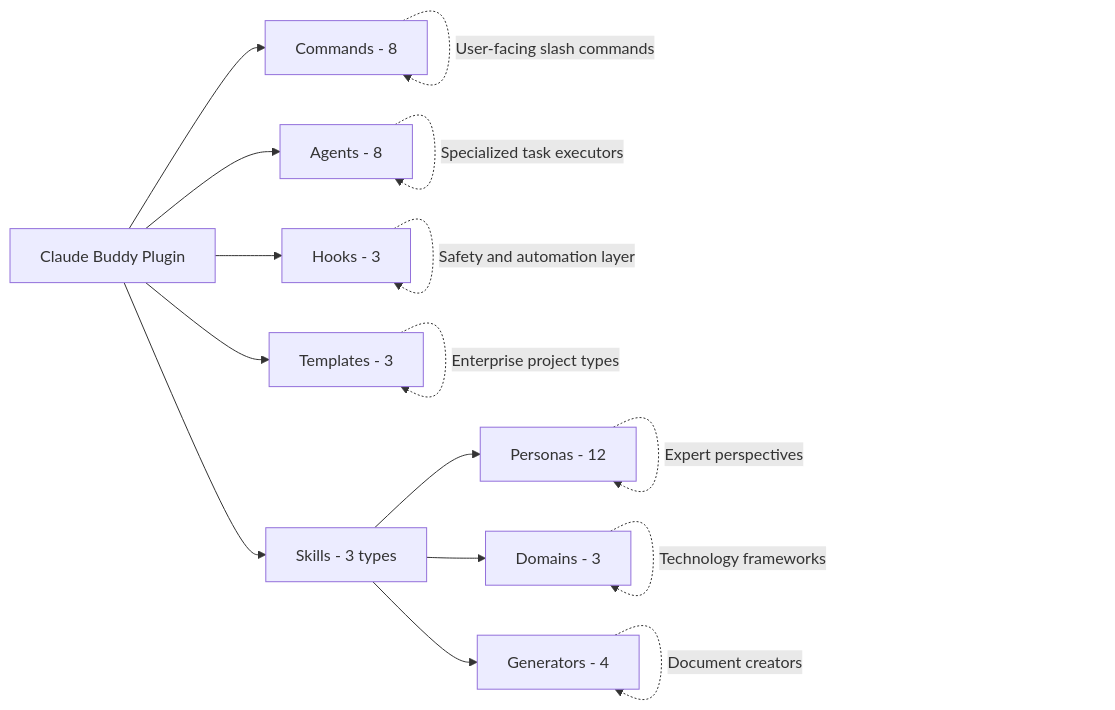
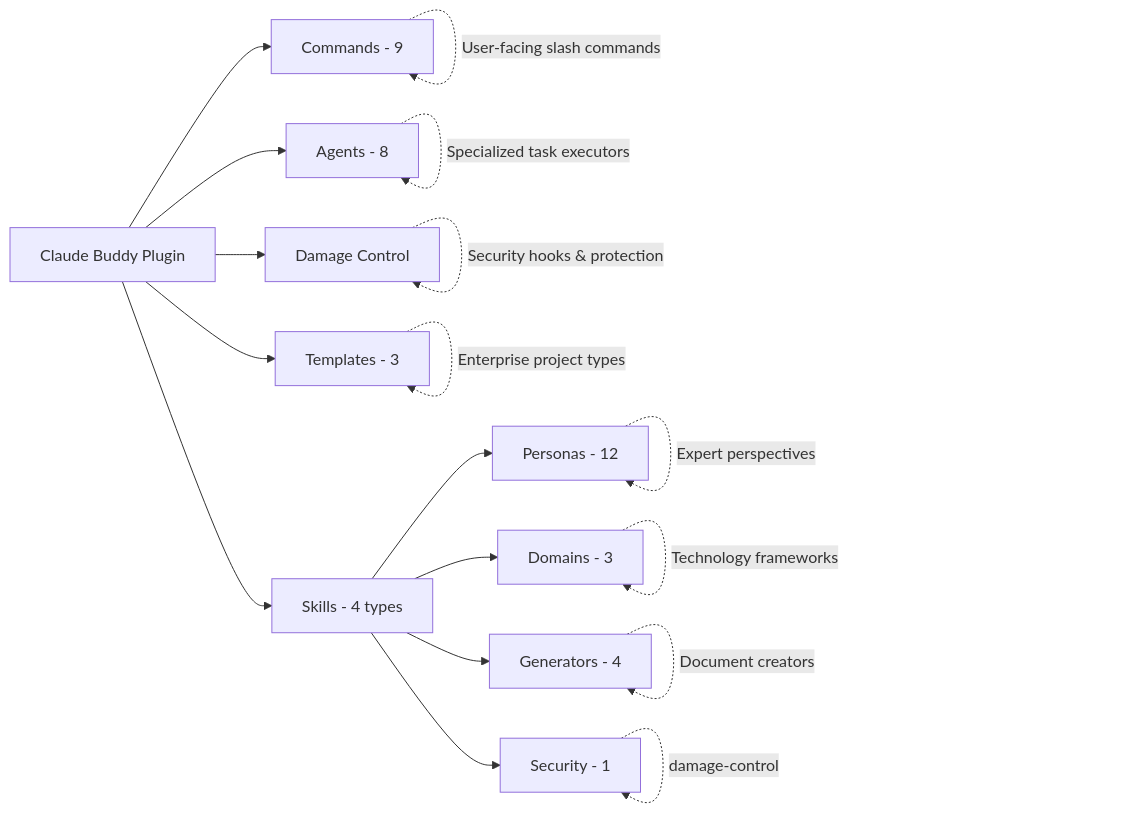
One commit to rsts-dev/claude-buddy-marketplace changed the diagram in plugins/buddy/docs/README.md. Above: the diagram before and after it, drawn with Mermaid. The commit also changed other lines of this file and 34 other files, not shown here.

First line of the commit message:
docs: migrate to v5.0.0 with Damage Control system

````diff
--- a/plugins/buddy/docs/README.md
+++ b/plugins/buddy/docs/README.md
@@ -49,21 +49,23 @@
 ```mermaid
 graph LR
-    A[Claude Buddy Plugin] --> B[Commands - 8]
+    A[Claude Buddy Plugin] --> B[Commands - 9]
     A --> C[Agents - 8]
-    A --> D[Hooks - 3]
-    A --> E[Skills - 3 types]
+    A --> D[Damage Control]
+    A --> E[Skills - 4 types]
     A --> F[Templates - 3]
 
     B -.->|"User-facing slash commands"| B
     C -.->|"Specialized task executors"| C
-    D -.->|"Safety and automation layer"| D
+    D -.->|"Security hooks & protection"| D
     F -.->|"Enterprise project types"| F
 
     E --> G[Personas - 12]
     E --> H[Domains - 3]
     E --> I[Generators - 4]
+    E --> J[Security - 1]
 
     G -.->|"Expert perspectives"| G
     H -.->|"Technology frameworks"| H
     I -.->|"Document creators"| I
+    J -.->|"damage-control"| J
 ```
````
